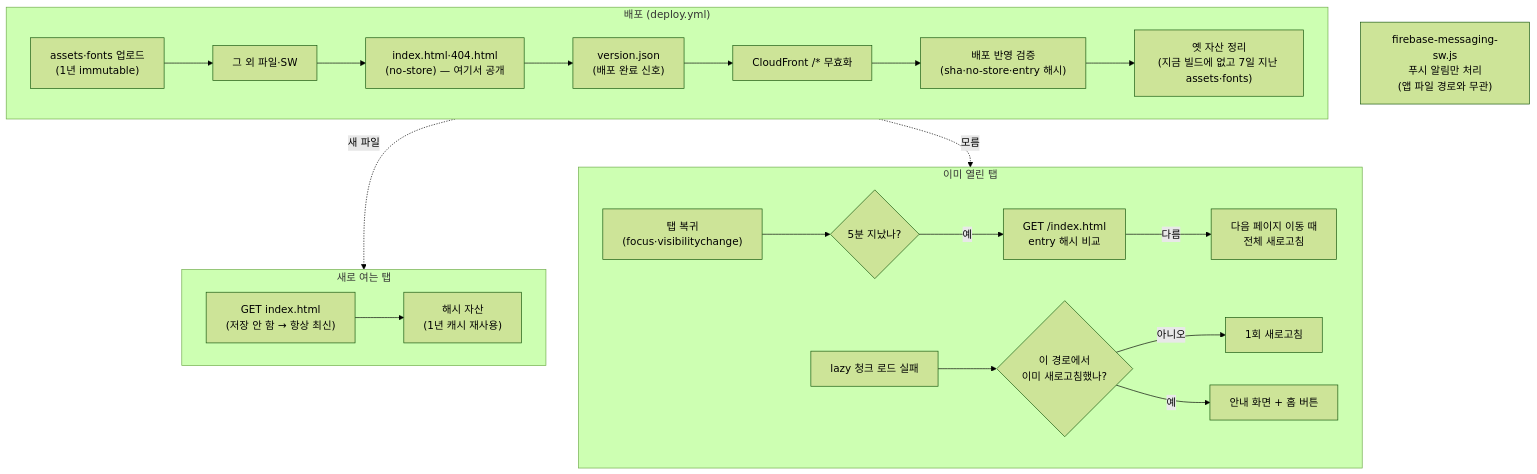
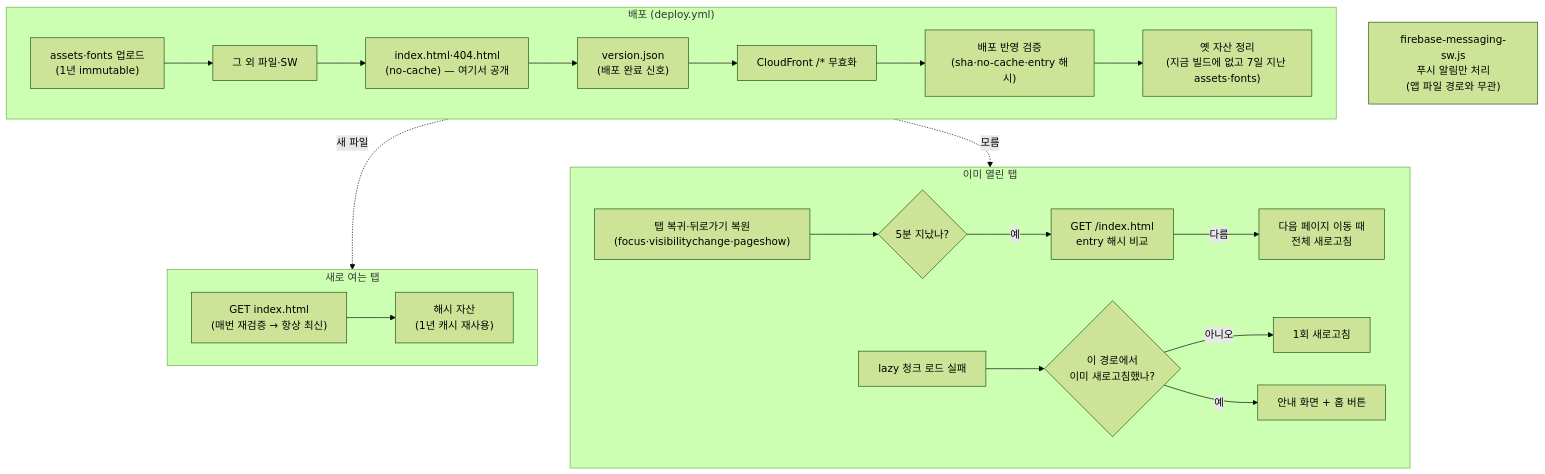
Before and after one commit to BAECHAN/link-sphere_FE_NEW: the diagram in docs/CACHE-STRATEGY.md, drawn with Mermaid (forest theme). The commit also changed other lines of this file and 9 other files, not shown here.

````diff
--- a/docs/CACHE-STRATEGY.md
+++ b/docs/CACHE-STRATEGY.md
@@ -46,21 +46,21 @@
 ```mermaid
 flowchart TD
   subgraph Deploy["배포 (deploy.yml)"]
-    U1["assets·fonts 업로드<br/>(1년 immutable)"] --> U2["그 외 파일·SW"] --> U3["index.html·404.html<br/>(no-store) — 여기서 공개"] --> U4["version.json<br/>(배포 완료 신호)"]
-    U4 --> INV["CloudFront /* 무효화"] --> VER["배포 반영 검증<br/>(sha·no-store·entry 해시)"] --> PRUNE["옛 자산 정리<br/>(지금 빌드에 없고 7일 지난 assets·fonts)"]
+    U1["assets·fonts 업로드<br/>(1년 immutable)"] --> U2["그 외 파일·SW"] --> U3["index.html·404.html<br/>(no-cache) — 여기서 공개"] --> U4["version.json<br/>(배포 완료 신호)"]
+    U4 --> INV["CloudFront /* 무효화"] --> VER["배포 반영 검증<br/>(sha·no-cache·entry 해시)"] --> PRUNE["옛 자산 정리<br/>(지금 빌드에 없고 7일 지난 assets·fonts)"]
   end
   subgraph New["새로 여는 탭"]
-    N1["GET index.html<br/>(저장 안 함 → 항상 최신)"] --> N2["해시 자산<br/>(1년 캐시 재사용)"]
+    N1["GET index.html<br/>(매번 재검증 → 항상 최신)"] --> N2["해시 자산<br/>(1년 캐시 재사용)"]
   end
   subgraph Open["이미 열린 탭"]
-    O1["탭 복귀<br/>(focus·visibilitychange)"] --> O2{"5분 지났나?"}
+    O1["탭 복귀·뒤로가기 복원<br/>(focus·visibilitychange·pageshow)"] --> O2{"5분 지났나?"}
     O2 -->|"예"| O3["GET /index.html<br/>entry 해시 비교"]
     O3 -->|"다름"| O4["다음 페이지 이동 때<br/>전체 새로고침"]
     O5["lazy 청크 로드 실패"] --> O6{"이 경로에서<br/>이미 새로고침했나?"}
     O6 -->|"아니오"| O7["1회 새로고침"]
     O6 -->|"예"| O8["안내 화면 + 홈 버튼"]
   end
   SW["firebase-messaging-sw.js<br/>푸시 알림만 처리<br/>(앱 파일 경로와 무관)"]
   Deploy -.->|"새 파일"| New
   Deploy -.->|"모름"| Open
 ```
````
